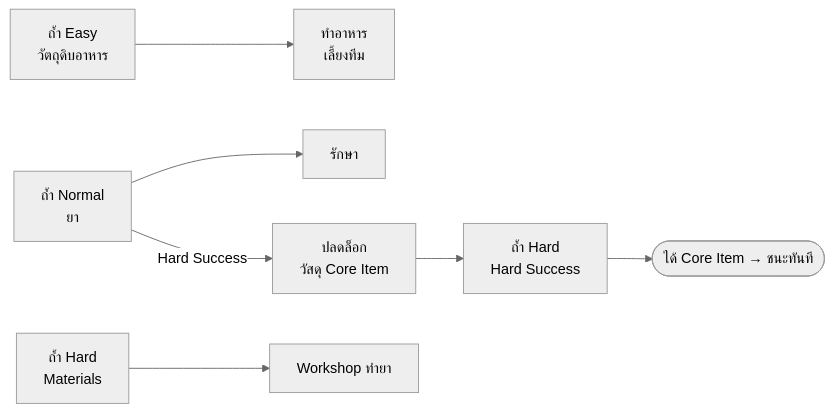
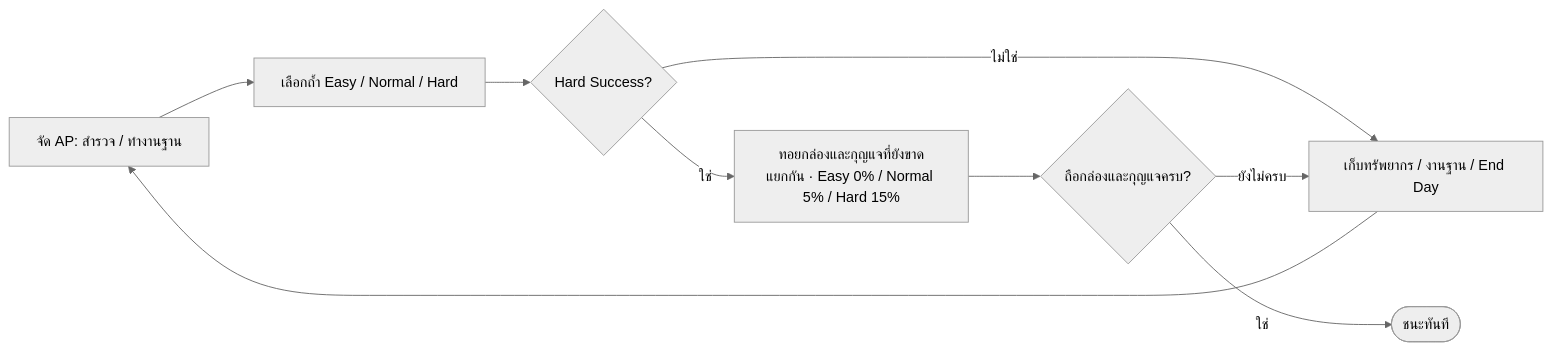
The second of 2 diagrams in docs/gdd/00-concept.md (nopponaim603/clogged), drawn with Mermaid (neutral theme) before and after one commit. The commit also changed other lines of this file and 10 other files, not shown here.

````diff
--- a/docs/gdd/00-concept.md
+++ b/docs/gdd/00-concept.md
@@ -61,9 +63,11 @@
 ```mermaid
 flowchart LR
-    A[ถ้ำ Easy<br/>วัตถุดิบอาหาร] --> F[ทำอาหาร<br/>เลี้ยงทีม]
-    B[ถ้ำ Normal<br/>ยา] --> H[รักษา]
-    B -->|Hard Success| U[ปลดล็อก<br/>วัสดุ Core Item]
-    C[ถ้ำ Hard<br/>Materials] --> W[Workshop ทำยา]
-    U --> C2[ถ้ำ Hard<br/>Hard Success]
-    C2 --> Core([ได้ Core Item → ชนะทันที])
+    A[จัด AP: สำรวจ / ทำงานฐาน] --> B[เลือกถ้ำ Easy / Normal / Hard]
+    B --> C{Hard Success?}
+    C -->|ไม่ใช่| Loop[เก็บทรัพยากร / งานฐาน / End Day]
+    C -->|ใช่| D[ทอยกล่องและกุญแจที่ยังขาด<br/>แยกกัน · Easy 0% / Normal 5% / Hard 15%]
+    D --> E{ถือกล่องและกุญแจครบ?}
+    E -->|ใช่| Win([ชนะทันที])
+    E -->|ยังไม่ครบ| Loop
+    Loop --> A
 ```
````
